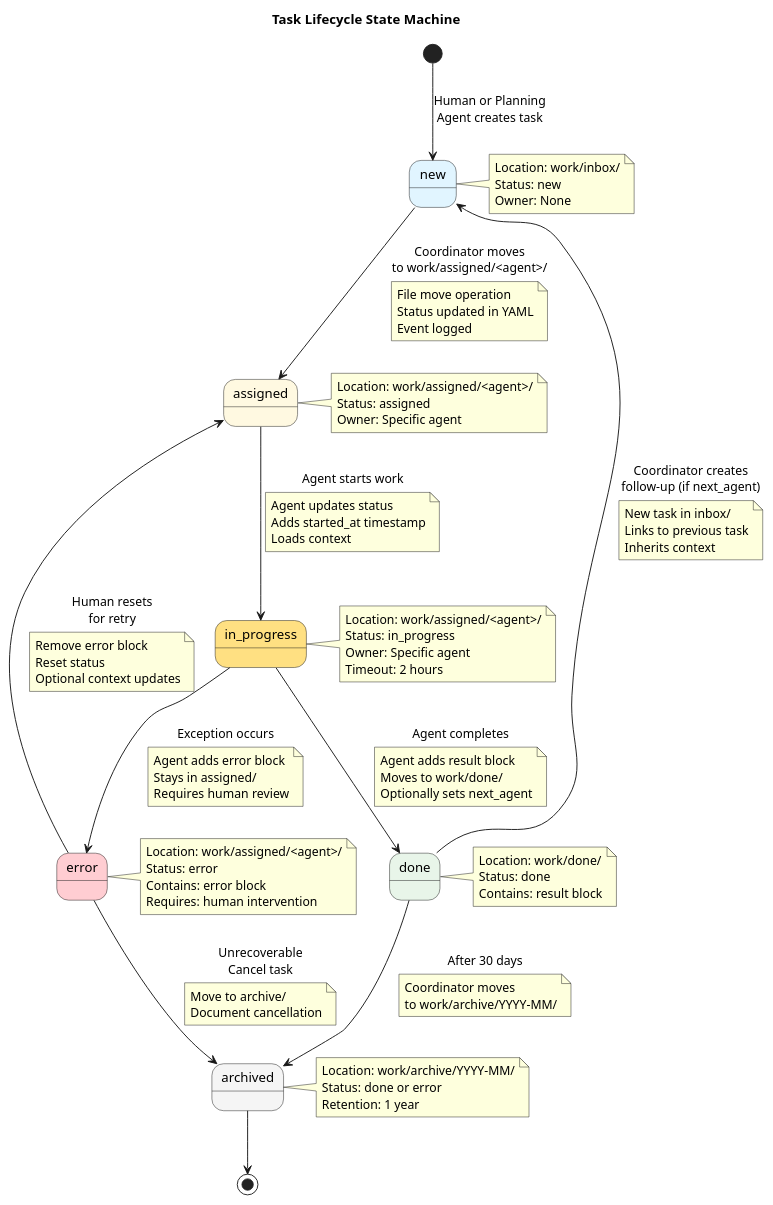
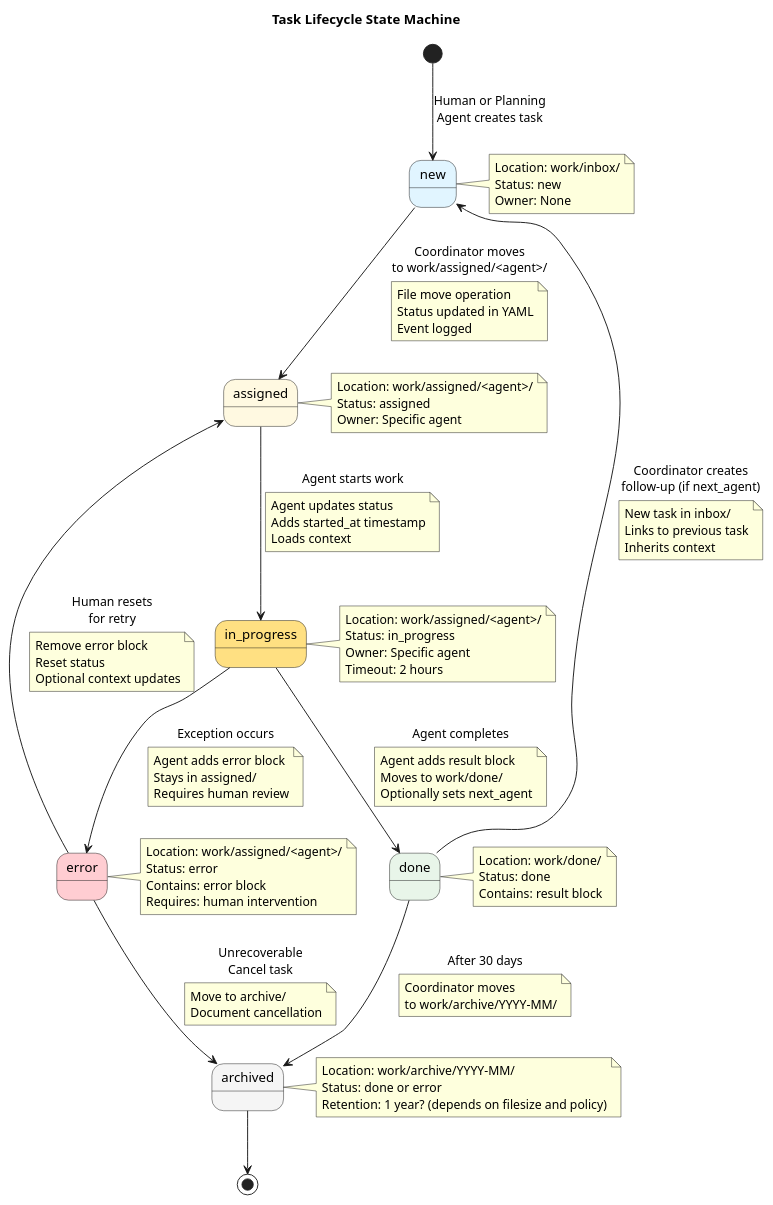
The diagram in docs/architecture/diagrams/task-lifecycle-state-machine.puml (sddevelopment-be/quickstart_agent-augmented-development), drawn with PlantUML before and after one commit. The commit also changed 24 other files, not shown here.

```diff
--- a/docs/architecture/diagrams/task-lifecycle-state-machine.puml
+++ b/docs/architecture/diagrams/task-lifecycle-state-machine.puml
@@ -1,108 +1,108 @@
 @startuml Task Lifecycle State Machine
 
 title Task Lifecycle State Machine
 
 [*] --> new : Human or Planning\nAgent creates task
 
 state "new" as new #E1F5FF
 state "assigned" as assigned #FFF9E1
 state "in_progress" as in_progress #FFE082
 state "done" as done #E8F5E9
 state "error" as error #FFCDD2
 state "archived" as archived #F5F5F5
 
 new --> assigned : Coordinator moves\nto work/assigned/<agent>/
 note on link
   File move operation
   Status updated in YAML
   Event logged
 end note
 
 assigned --> in_progress : Agent starts work
 note on link
   Agent updates status
   Adds started_at timestamp
   Loads context
 end note
 
 in_progress --> done : Agent completes
 note on link
   Agent adds result block
   Moves to work/done/
   Optionally sets next_agent
 end note
 
 in_progress --> error : Exception occurs
 note on link
   Agent adds error block
   Stays in assigned/
   Requires human review
 end note
 
 error --> assigned : Human resets\nfor retry
 note on link
   Remove error block
   Reset status
   Optional context updates
 end note
 
 error --> archived : Unrecoverable\nCancel task
 note on link
   Move to archive/
   Document cancellation
 end note
 
 done --> archived : After 30 days
 note on link
   Coordinator moves
   to work/archive/YYYY-MM/
 end note
 
 done --> new : Coordinator creates\nfollow-up (if next_agent)
 note on link
   New task in inbox/
   Links to previous task
   Inherits context
 end note
 
 archived --> [*]
 
 note right of new
   Location: work/inbox/
   Status: new
   Owner: None
 end note
 
 note right of assigned
   Location: work/assigned/<agent>/
   Status: assigned
   Owner: Specific agent
 end note
 
 note right of in_progress
   Location: work/assigned/<agent>/
   Status: in_progress
   Owner: Specific agent
   Timeout: 2 hours
 end note
 
 note right of done
   Location: work/done/
   Status: done
   Contains: result block
 end note
 
 note right of error
   Location: work/assigned/<agent>/
   Status: error
   Contains: error block
   Requires: human intervention
 end note
 
 note right of archived
   Location: work/archive/YYYY-MM/
   Status: done or error
-  Retention: 1 year
+  Retention: 1 year? (depends on filesize and policy)
 end note
 
 @enduml
```
